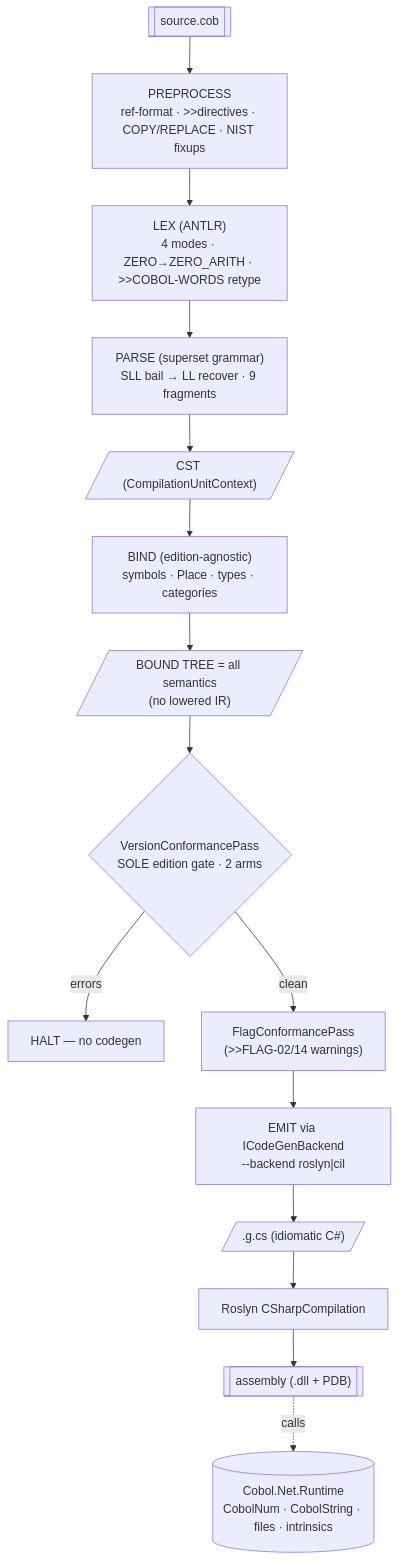
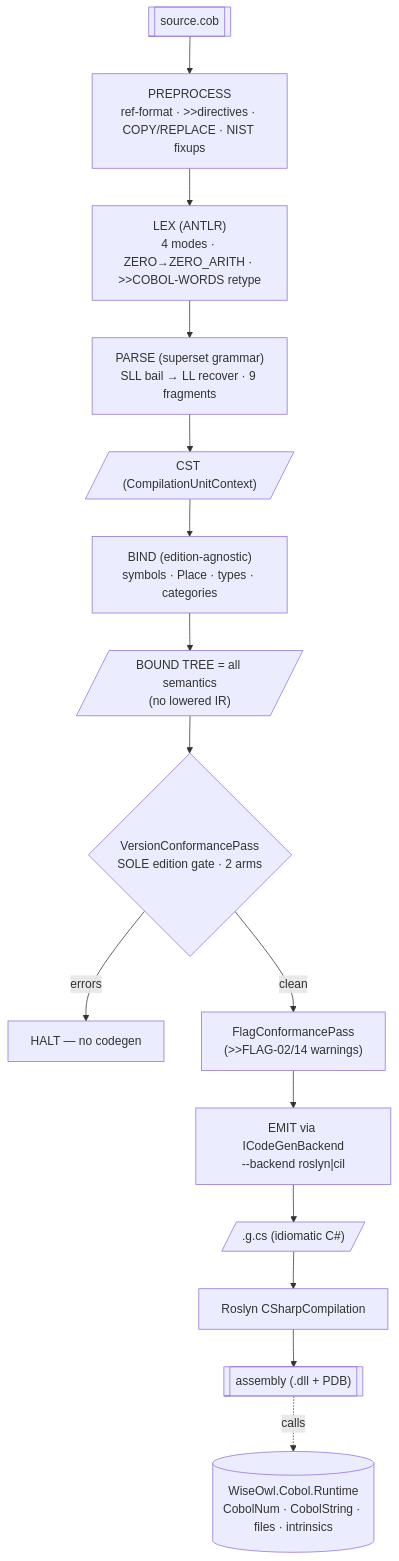
One commit to WiseOwlSoftware/COBOL changed the first of 2 diagrams in kb/Diagrams/Compiler Pipeline Diagram.md. Above: the diagram before and after it, drawn with Mermaid. The commit also changed other lines of this file and 6894 other files, not shown here.

````diff
--- a/kb/Diagrams/Compiler Pipeline Diagram.md
+++ b/kb/Diagrams/Compiler Pipeline Diagram.md
@@ -17,18 +17,18 @@
 ```mermaid
 flowchart TD
     SRC[["source.cob"]] --> PRE
     PRE["PREPROCESS\nref-format · >>directives · COPY/REPLACE · NIST fixups"] --> LEX
     LEX["LEX (ANTLR)\n4 modes · ZERO→ZERO_ARITH · >>COBOL-WORDS retype"] --> PARSE
     PARSE["PARSE (superset grammar)\nSLL bail → LL recover · 9 fragments"] --> CST[/"CST (CompilationUnitContext)"/]
     CST --> BIND
     BIND["BIND (edition-agnostic)\nsymbols · Place · types · categories"] --> BT[/"BOUND TREE = all semantics\n(no lowered IR)"/]
     BT --> VCP
     VCP{"VersionConformancePass\nSOLE edition gate · 2 arms"}
     VCP -->|"errors"| HALT["HALT — no codegen"]
     VCP -->|"clean"| FLAG["FlagConformancePass\n(>>FLAG-02/14 warnings)"]
     FLAG --> EMIT
     EMIT["EMIT via ICodeGenBackend\n--backend roslyn|cil"] --> CS[/".g.cs (idiomatic C#)"/]
     CS --> ROS["Roslyn CSharpCompilation"]
     ROS --> ASM[["assembly (.dll + PDB)"]]
-    ASM -.calls.-> RT[("Cobol.Net.Runtime\nCobolNum · CobolString · files · intrinsics")]
+    ASM -.calls.-> RT[("WiseOwl.Cobol.Runtime\nCobolNum · CobolString · files · intrinsics")]
 ```
````
